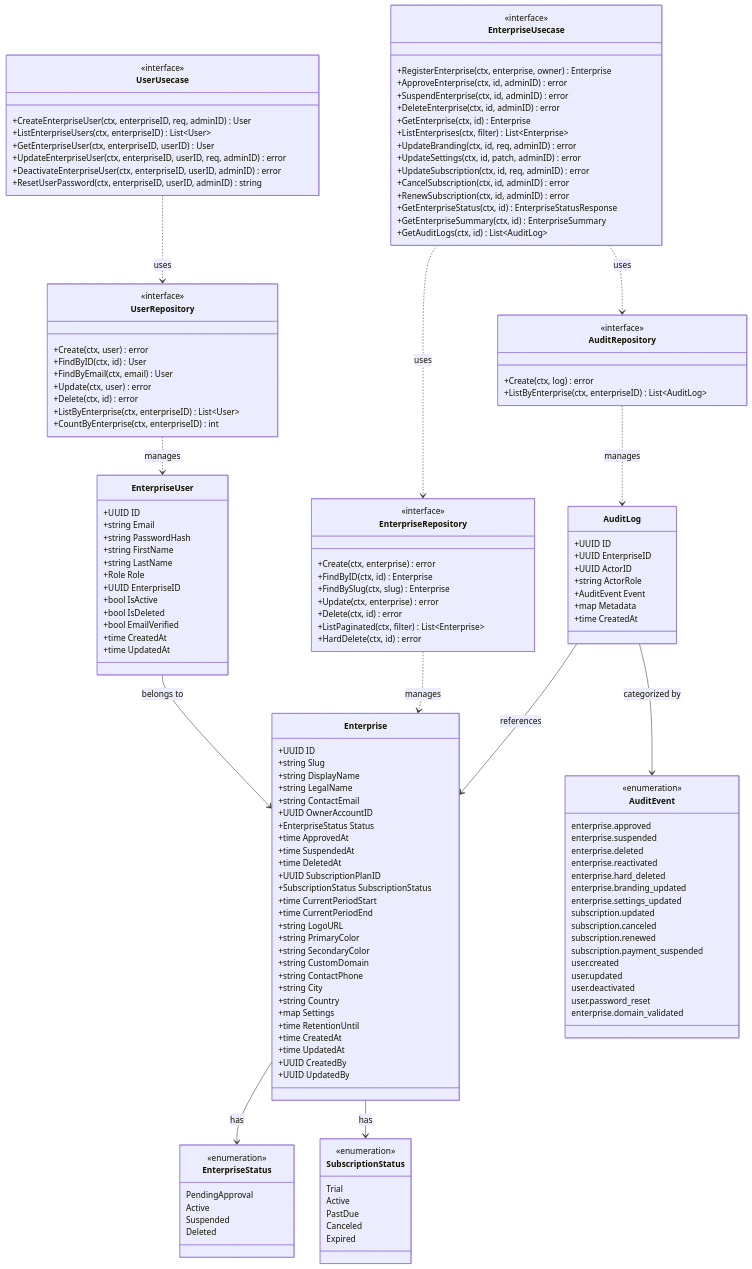
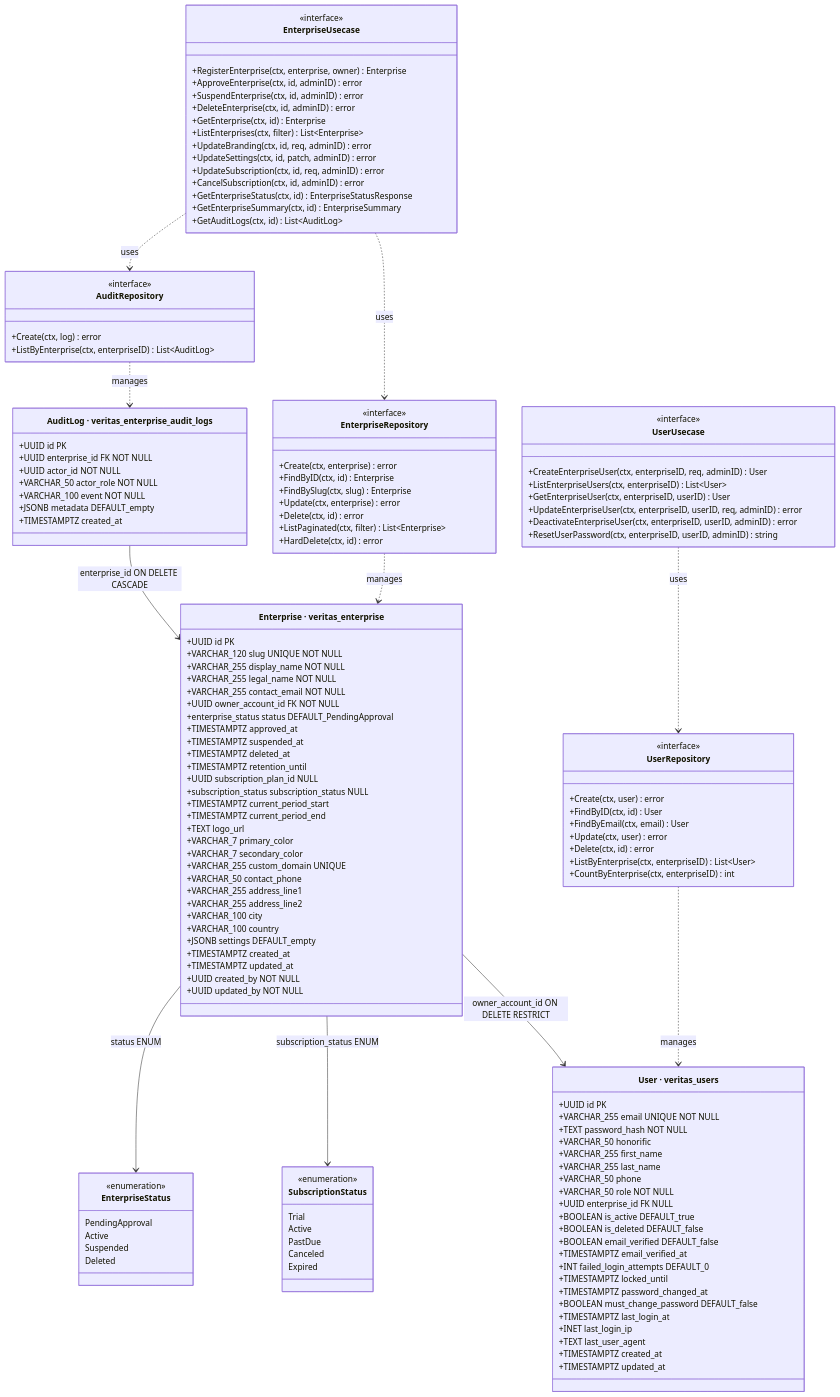
One commit to tamirat-dejene/veritas changed the second of 6 diagrams in docs/class_diagram.md. Above: the diagram before and after it, drawn with Mermaid. The commit also changed other lines of this file, not shown here.

Commit message:
feat: Enhance class diagrams to include SQL schema details, table names, column types, constraints, and indexes.

```diff
--- a/docs/class_diagram.md
+++ b/docs/class_diagram.md
@@ -92,34 +98,71 @@
 classDiagram
     direction TB
 
-    class Enterprise {
-        +UUID ID
-        +string Slug
-        +string DisplayName
-        +string LegalName
-        +string ContactEmail
-        +UUID OwnerAccountID
-        +EnterpriseStatus Status
-        +time ApprovedAt
-        +time SuspendedAt
-        +time DeletedAt
-        +UUID SubscriptionPlanID
-        +SubscriptionStatus SubscriptionStatus
-        +time CurrentPeriodStart
-        +time CurrentPeriodEnd
-        +string LogoURL
-        +string PrimaryColor
-        +string SecondaryColor
-        +string CustomDomain
-        +string ContactPhone
-        +string City
-        +string Country
-        +map Settings
-        +time RetentionUntil
-        +time CreatedAt
-        +time UpdatedAt
-        +UUID CreatedBy
-        +UUID UpdatedBy
+    class User["User · veritas_users"] {
+        +UUID id PK
+        +VARCHAR_255 email UNIQUE NOT NULL
+        +TEXT password_hash NOT NULL
+        +VARCHAR_50 honorific
+        +VARCHAR_255 first_name
+        +VARCHAR_255 last_name
+        +VARCHAR_50 phone
+        +VARCHAR_50 role NOT NULL
+        +UUID enterprise_id FK NULL
+        +BOOLEAN is_active DEFAULT_true
+        +BOOLEAN is_deleted DEFAULT_false
+        +BOOLEAN email_verified DEFAULT_false
+        +TIMESTAMPTZ email_verified_at
+        +INT failed_login_attempts DEFAULT_0
+        +TIMESTAMPTZ locked_until
+        +TIMESTAMPTZ password_changed_at
+        +BOOLEAN must_change_password DEFAULT_false
+        +TIMESTAMPTZ last_login_at
+        +INET last_login_ip
+        +TEXT last_user_agent
+        +TIMESTAMPTZ created_at
+        +TIMESTAMPTZ updated_at
+    }
+
+    class Enterprise["Enterprise · veritas_enterprise"] {
+        +UUID id PK
+        +VARCHAR_120 slug UNIQUE NOT NULL
+        +VARCHAR_255 display_name NOT NULL
+        +VARCHAR_255 legal_name NOT NULL
+        +VARCHAR_255 contact_email NOT NULL
+        +UUID owner_account_id FK NOT NULL
+        +enterprise_status status DEFAULT_PendingApproval
+        +TIMESTAMPTZ approved_at
+        +TIMESTAMPTZ suspended_at
+        +TIMESTAMPTZ deleted_at
+        +TIMESTAMPTZ retention_until
+        +UUID subscription_plan_id NULL
+        +subscription_status subscription_status NULL
+        +TIMESTAMPTZ current_period_start
+        +TIMESTAMPTZ current_period_end
+        +TEXT logo_url
+        +VARCHAR_7 primary_color
+        +VARCHAR_7 secondary_color
+        +VARCHAR_255 custom_domain UNIQUE
+        +VARCHAR_50 contact_phone
+        +VARCHAR_255 address_line1
+        +VARCHAR_255 address_line2
+        +VARCHAR_100 city
+        +VARCHAR_100 country
+        +JSONB settings DEFAULT_empty
+        +TIMESTAMPTZ created_at
+        +TIMESTAMPTZ updated_at
+        +UUID created_by NOT NULL
+        +UUID updated_by NOT NULL
+    }
+
+    class AuditLog["AuditLog · veritas_enterprise_audit_logs"] {
+        +UUID id PK
+        +UUID enterprise_id FK NOT NULL
+        +UUID actor_id NOT NULL
+        +VARCHAR_50 actor_role NOT NULL
+        +VARCHAR_100 event NOT NULL
+        +JSONB metadata DEFAULT_empty
+        +TIMESTAMPTZ created_at
     }
 
     class EnterpriseStatus {
@@ -137,51 +180,6 @@
         PastDue
         Canceled
         Expired
-    }
-
-    class AuditLog {
-        +UUID ID
-        +UUID EnterpriseID
-        +UUID ActorID
-        +string ActorRole
-        +AuditEvent Event
-        +map Metadata
-        +time CreatedAt
-    }
-
-    class AuditEvent {
-        <<enumeration>>
-        enterprise.approved
-        enterprise.suspended
-        enterprise.deleted
-        enterprise.reactivated
-        enterprise.hard_deleted
-        enterprise.branding_updated
-        enterprise.settings_updated
-        subscription.updated
-        subscription.canceled
-        subscription.renewed
-        subscription.payment_suspended
-        user.created
-        user.updated
-        user.deactivated
-        user.password_reset
-        enterprise.domain_validated
-    }
-
-    class EnterpriseUser {
-        +UUID ID
-        +string Email
-        +string PasswordHash
-        +string FirstName
-        +string LastName
-        +Role Role
-        +UUID EnterpriseID
-        +bool IsActive
-        +bool IsDeleted
-        +bool EmailVerified
-        +time CreatedAt
-        +time UpdatedAt
     }
 
     class EnterpriseRepository {
@@ -224,7 +222,6 @@
         +UpdateSettings(ctx, id, patch, adminID) error
         +UpdateSubscription(ctx, id, req, adminID) error
         +CancelSubscription(ctx, id, adminID) error
-        +RenewSubscription(ctx, id, adminID) error
         +GetEnterpriseStatus(ctx, id) EnterpriseStatusResponse
         +GetEnterpriseSummary(ctx, id) EnterpriseSummary
         +GetAuditLogs(ctx, id) List~AuditLog~
@@ -240,13 +237,12 @@
         +ResetUserPassword(ctx, enterpriseID, userID, adminID) string
     }
 
-    Enterprise --> EnterpriseStatus : has
-    Enterprise --> SubscriptionStatus : has
-    AuditLog --> Enterprise : references
-    AuditLog --> AuditEvent : categorized by
-    EnterpriseUser --> Enterprise : belongs to
+    Enterprise --> EnterpriseStatus : status ENUM
+    Enterprise --> SubscriptionStatus : subscription_status ENUM
+    Enterprise --> User : owner_account_id ON DELETE RESTRICT
+    AuditLog --> Enterprise : enterprise_id ON DELETE CASCADE
     EnterpriseRepository ..> Enterprise : manages
-    UserRepository ..> EnterpriseUser : manages
+    UserRepository ..> User : manages
     AuditRepository ..> AuditLog : manages
     EnterpriseUsecase ..> EnterpriseRepository : uses
     EnterpriseUsecase ..> AuditRepository : uses
```
